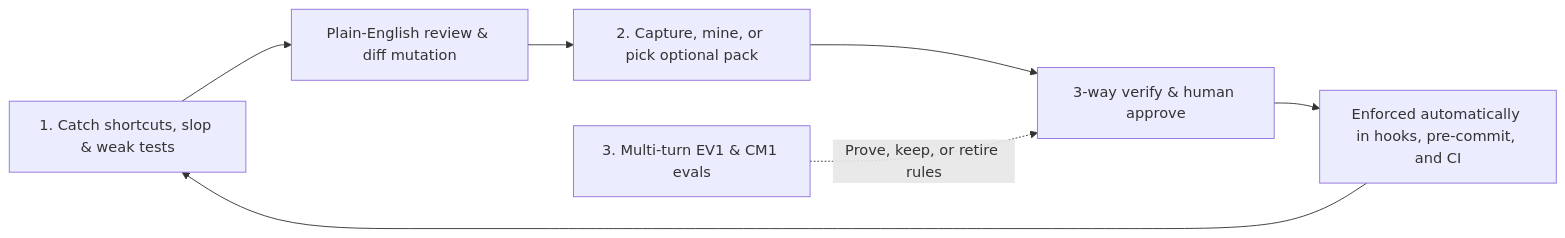
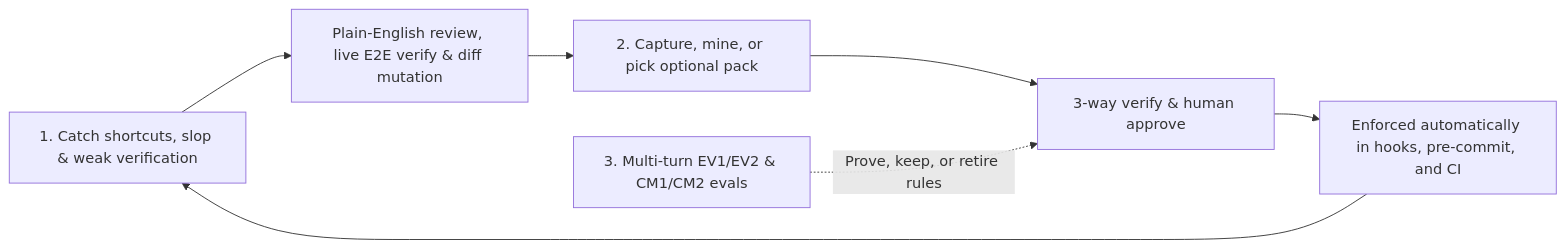
Before and after one commit to jremick/anti-slop: the diagram in README.md, drawn with Mermaid. The commit also changed other lines of this file and 15 other files, not shown here.

````diff
--- a/README.md
+++ b/README.md
@@ -22,9 +22,9 @@
 ```mermaid
 flowchart LR
-  A["1. Catch shortcuts, slop & weak tests"] --> B["Plain-English review & diff mutation"]
+  A["1. Catch shortcuts, slop & weak verification"] --> B["Plain-English review, live E2E verify & diff mutation"]
   B --> C["2. Capture, mine, or pick optional pack"]
   C --> D["3-way verify & human approve"]
   D --> E["Enforced automatically in hooks, pre-commit, and CI"]
   E --> A
-  F["3. Multi-turn EV1 & CM1 evals"] -. "Prove, keep, or retire rules" .-> D
+  F["3. Multi-turn EV1/EV2 & CM1/CM2 evals"] -. "Prove, keep, or retire rules" .-> D
 ```
````
